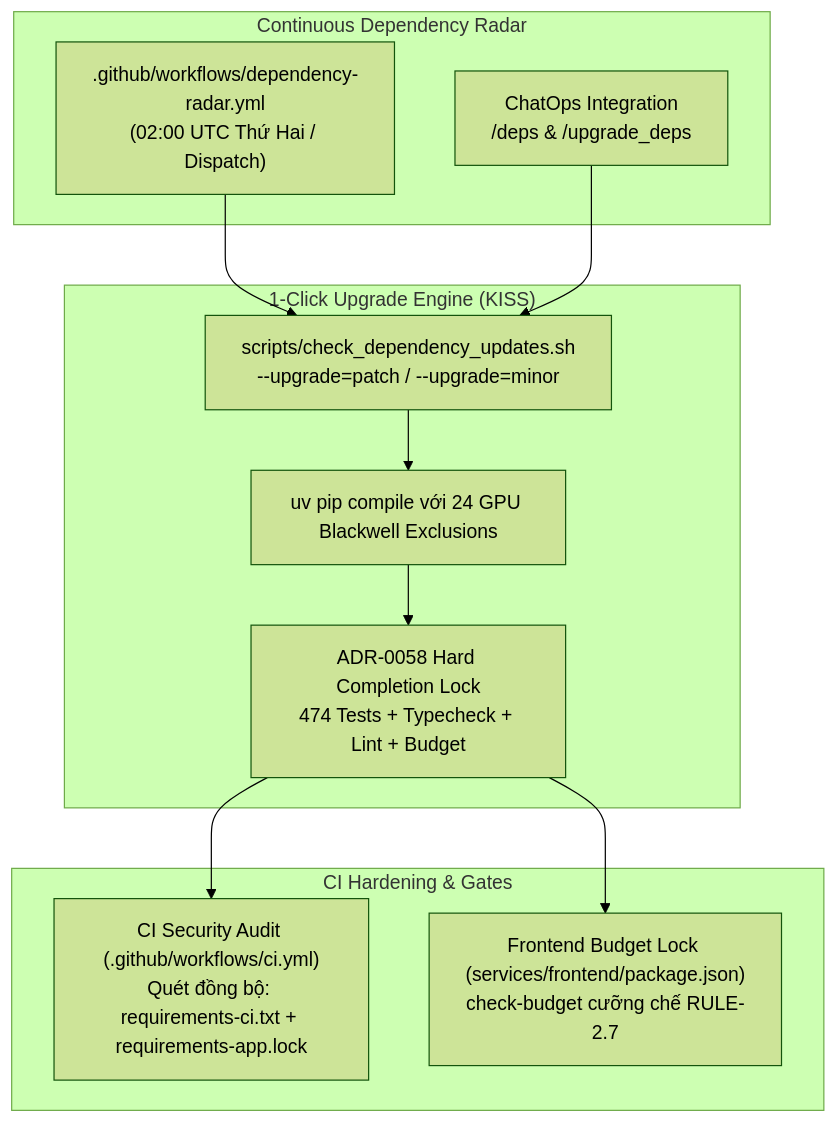
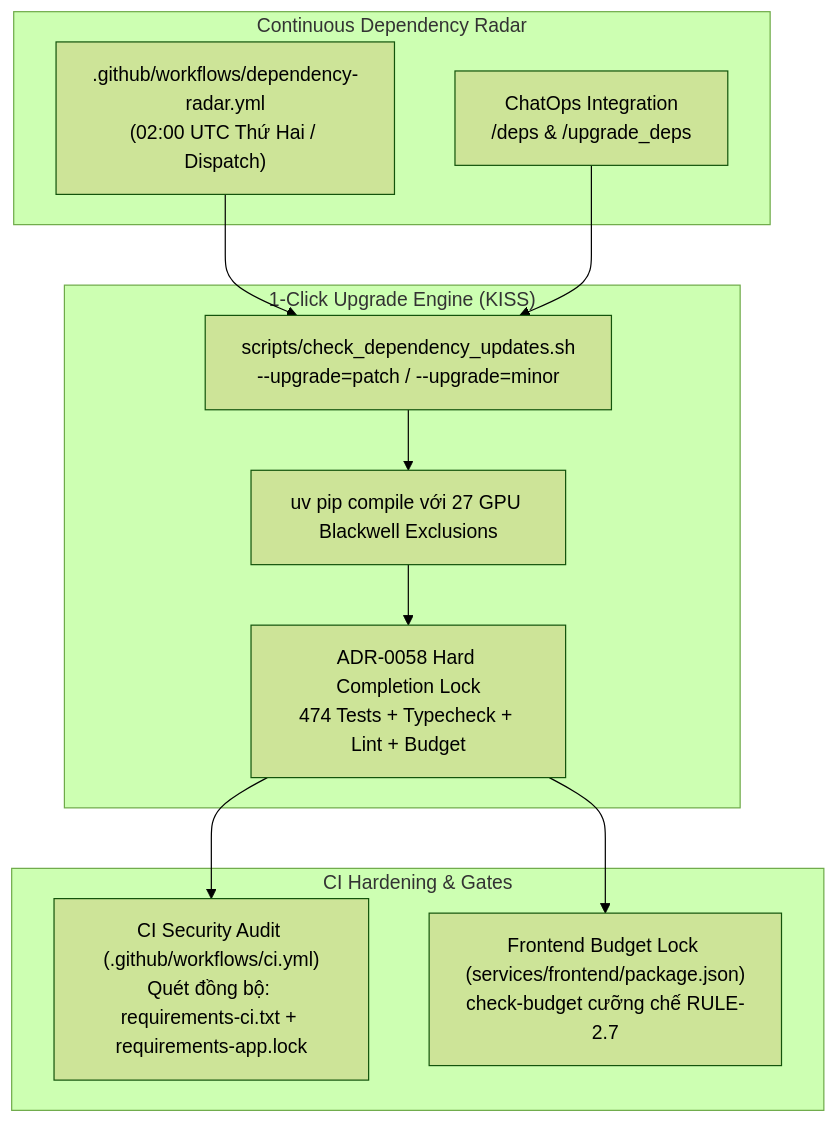
Before and after one commit to vvChu/dgx-spark-toolkit: the diagram in .md/knowledge/reports/walkthrough.md, drawn with Mermaid (forest theme). The commit also changed other lines of this file and 2 other files, not shown here.

Commit message:
fix(deps): harden check-budget chunk assertion, validate upgrade tier and align 27 exclusions

````diff
--- a/.md/knowledge/reports/walkthrough.md
+++ b/.md/knowledge/reports/walkthrough.md
@@ -14,25 +14,25 @@
 ```mermaid
 flowchart TD
     subgraph RADAR["Continuous Dependency Radar"]
         CRON[".github/workflows/dependency-radar.yml<br/>(02:00 UTC Thứ Hai / Dispatch)"]
         CHATOPS["ChatOps Integration<br/>/deps & /upgrade_deps"]
     end
 
     subgraph CI_PIPELINE["CI Hardening & Gates"]
         CI_AUDIT["CI Security Audit (.github/workflows/ci.yml)<br/>Quét đồng bộ: requirements-ci.txt + requirements-app.lock"]
         BUDGET_GATE["Frontend Budget Lock (services/frontend/package.json)<br/>check-budget cưỡng chế RULE-2.7"]
     end
 
     subgraph ENGINE["1-Click Upgrade Engine (KISS)"]
         UPGRADE_SH["scripts/check_dependency_updates.sh<br/>--upgrade=patch / --upgrade=minor"]
-        UV_COMPILE["uv pip compile với 24 GPU Blackwell Exclusions"]
+        UV_COMPILE["uv pip compile với 27 GPU Blackwell Exclusions"]
         LOCK_GATE["ADR-0058 Hard Completion Lock<br/>474 Tests + Typecheck + Lint + Budget"]
     end
 
     CRON --> UPGRADE_SH
     CHATOPS --> UPGRADE_SH
     UPGRADE_SH --> UV_COMPILE
     UV_COMPILE --> LOCK_GATE
     LOCK_GATE --> CI_AUDIT
     LOCK_GATE --> BUDGET_GATE
 ```
````
